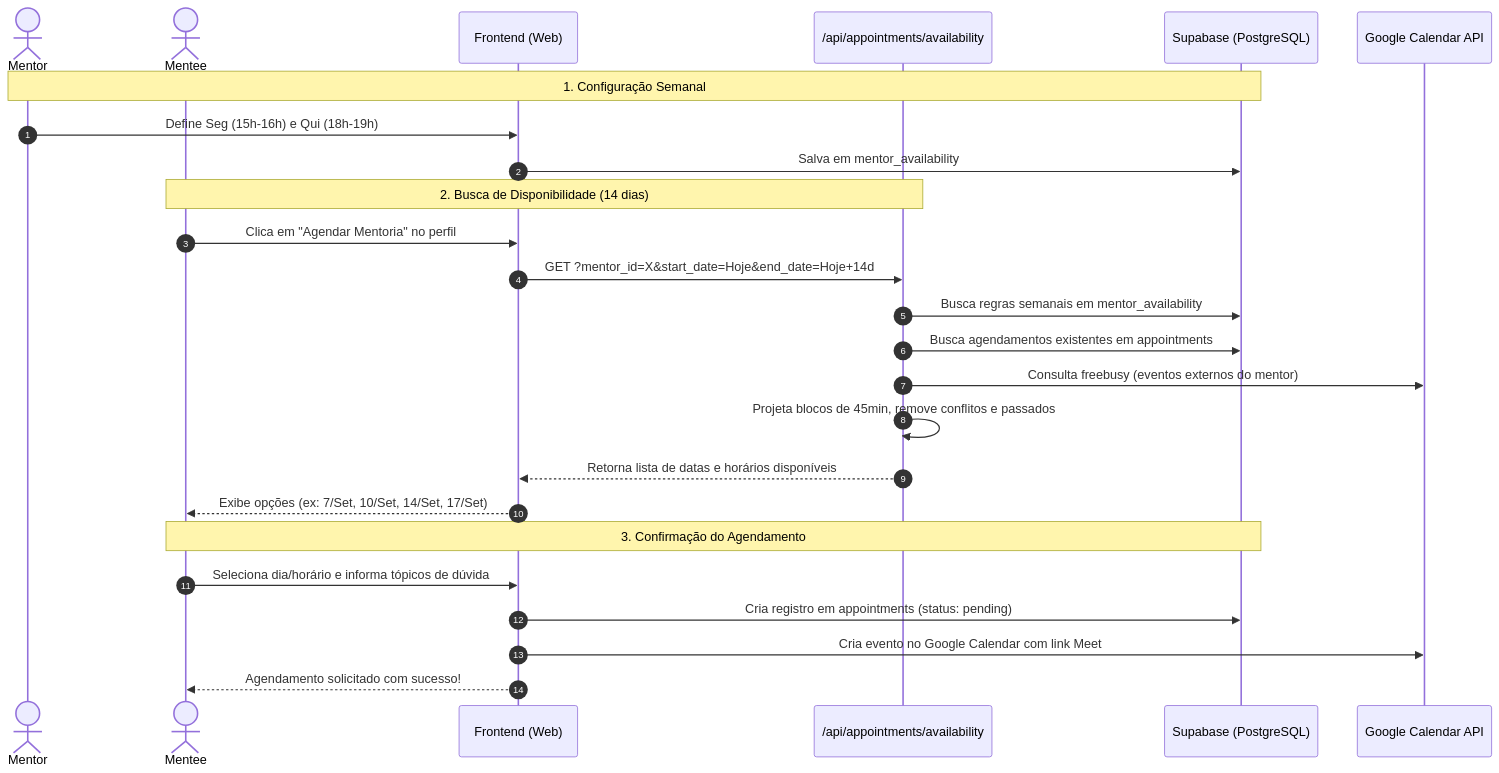
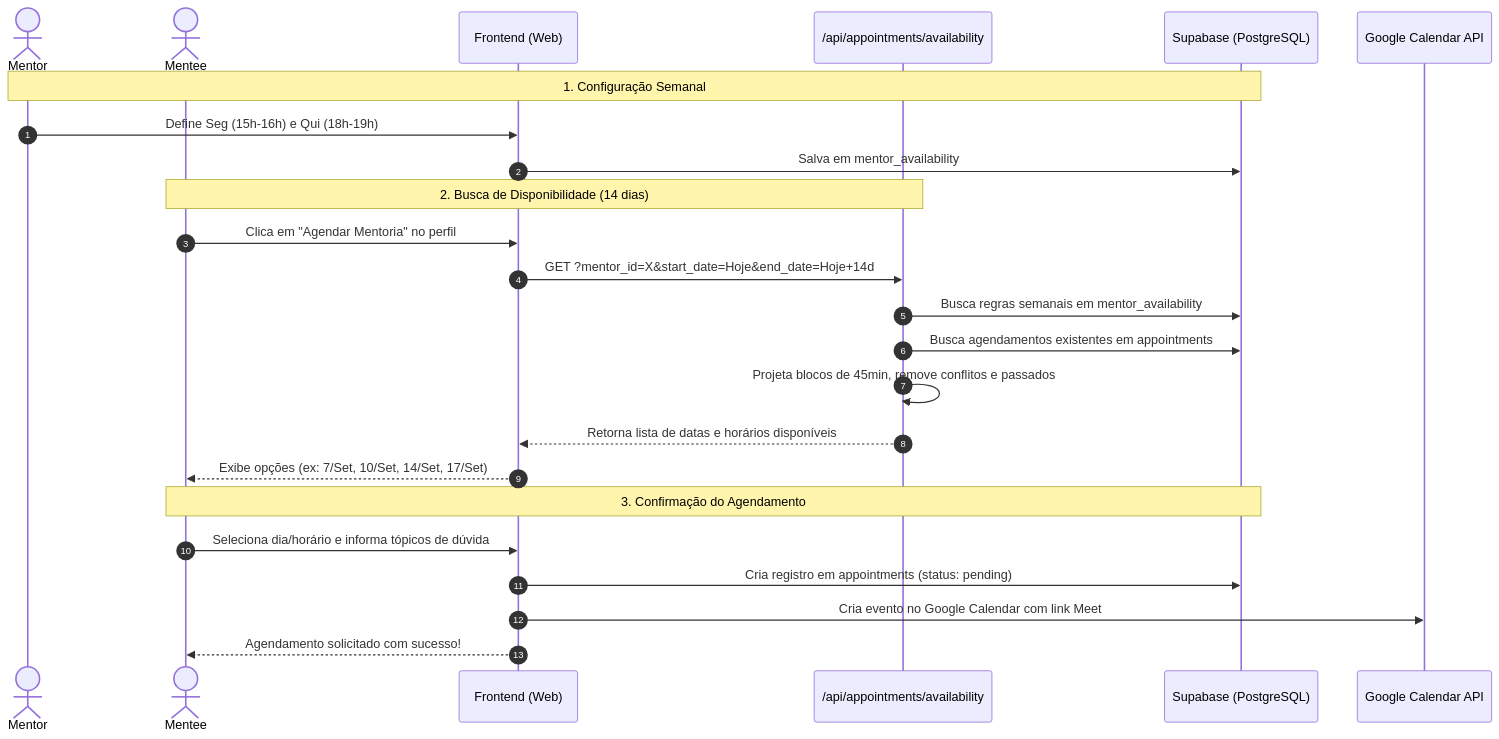
The diagram in docs/domains/scheduling.md (paulpessoa/menvo), drawn with Mermaid before and after one commit. The commit also changed other lines of this file and 7 other files, not shown here.

First line of the commit message:
fix(scheduling): stop applying one shared calendar's freebusy to every mentor (C-T5, C-T6)

````diff
--- a/docs/domains/scheduling.md
+++ b/docs/domains/scheduling.md
@@ -106,30 +114,29 @@
 ```mermaid
 sequenceDiagram
     autonumber
     actor Mentor
     actor Mentee
     participant Front as Frontend (Web)
     participant API as /api/appointments/availability
     participant DB as Supabase (PostgreSQL)
     participant GCal as Google Calendar API
 
     Note over Mentor,DB: 1. Configuração Semanal
     Mentor->>Front: Define Seg (15h-16h) e Qui (18h-19h)
     Front->>DB: Salva em mentor_availability
     
     Note over Mentee,API: 2. Busca de Disponibilidade (14 dias)
     Mentee->>Front: Clica em "Agendar Mentoria" no perfil
     Front->>API: GET ?mentor_id=X&start_date=Hoje&end_date=Hoje+14d
     API->>DB: Busca regras semanais em mentor_availability
     API->>DB: Busca agendamentos existentes em appointments
-    API->>GCal: Consulta freebusy (eventos externos do mentor)
     API->>API: Projeta blocos de 45min, remove conflitos e passados
     API-->>Front: Retorna lista de datas e horários disponíveis
     Front-->>Mentee: Exibe opções (ex: 7/Set, 10/Set, 14/Set, 17/Set)
 
     Note over Mentee,DB: 3. Confirmação do Agendamento
     Mentee->>Front: Seleciona dia/horário e informa tópicos de dúvida
     Front->>DB: Cria registro em appointments (status: pending)
     Front->>GCal: Cria evento no Google Calendar com link Meet
     Front-->>Mentee: Agendamento solicitado com sucesso!
 ```
````
